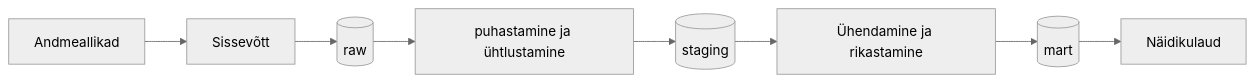
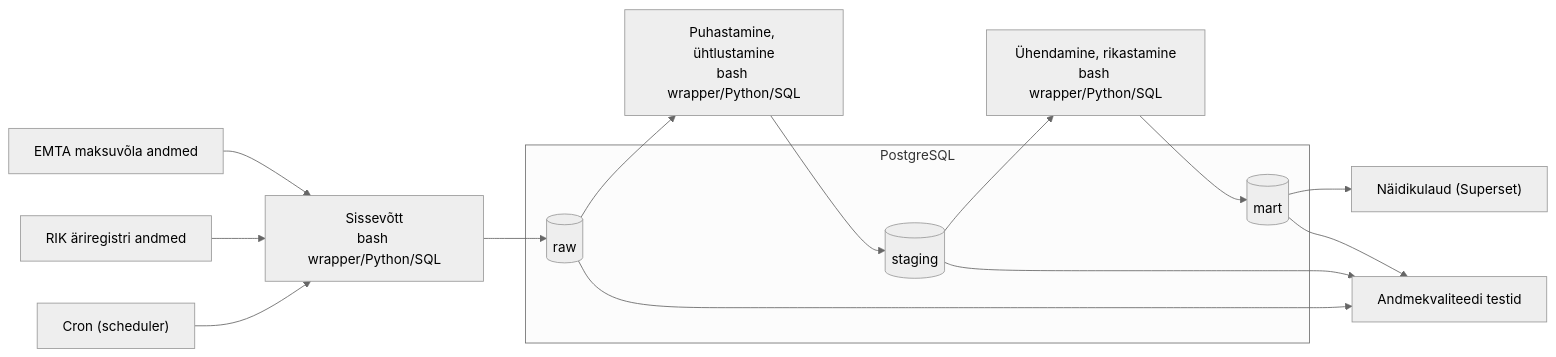
One commit to KulliPeed/Projektitoo_MREV changed the diagram in docs/README.md. Above: the diagram before and after it, drawn with Mermaid (neutral theme). The commit also changed other lines of this file, not shown here.

````diff
--- a/docs/README.md
+++ b/docs/README.md
@@ -23,10 +22,32 @@
 ```mermaid
 flowchart LR
-    source[Andmeallikad] --> ingest[Sissevõtt]
-    ingest --> raw[(raw)]
-    raw --> transform1[puhastamine ja ühtlustamine]
-    transform1[puhastamine ja ühtlustamine] --> staging[(staging)]
-    staging --> transform[Ühendamine ja rikastamine]
-    transform --> mart[(mart)]
-    mart --> dashboard[Näidikulaud]
+    %% Andmeallikad
+    source1[EMTA maksuvõla andmed] --> ingest["Sissevõtt<br/>bash wrapper/Python/SQL"]
+    source2[RIK äriregistri andmed] --> ingest
+
+    %% Scheduler / orkestreerimine
+    cron["Cron (scheduler)"] --> ingest
+
+    %% Andmebaas (PostgreSQL)
+    subgraph db[PostgreSQL]
+        raw[(raw)]
+        staging[(staging)]
+        mart[(mart)]
+    end
+
+    %% Andmetöötlus
+    ingest --> raw
+    raw --> transform1["Puhastamine, ühtlustamine<br/>bash wrapper/Python/SQL"]
+
+    transform1 --> staging
+    staging --> transform2["Ühendamine, rikastamine<br/>bash wrapper/Python/SQL"]
+
+    transform2 --> mart
+
+    %% Tarbimine
+    mart --> dashboard["Näidikulaud (Superset)"]
+    raw -->  source3[Andmekvaliteedi testid]
+    staging --> source3[Andmekvaliteedi testid]
+    mart --> source3[Andmekvaliteedi testid]
+  
 ```
````
